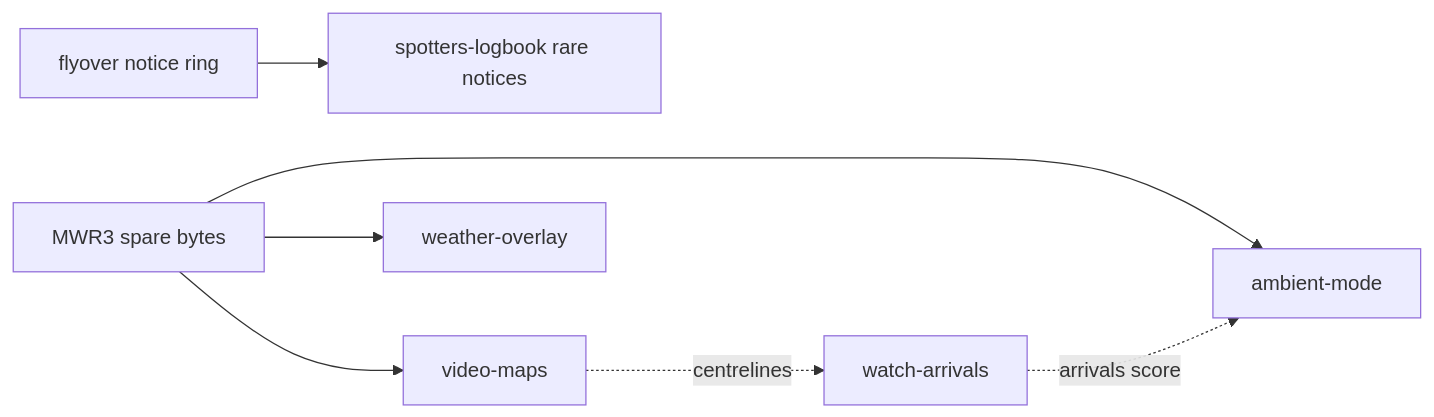
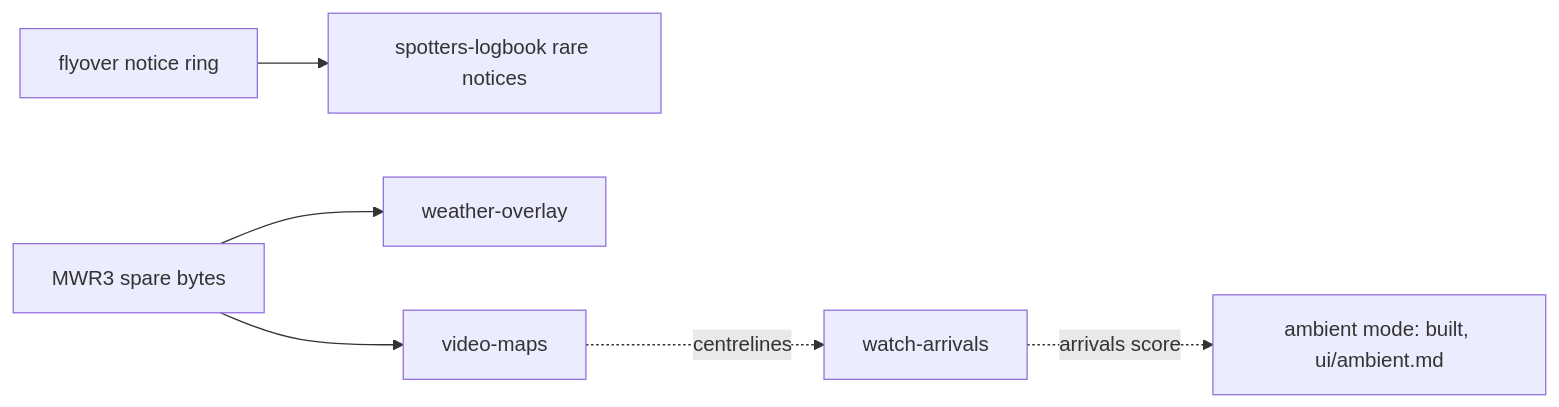
Before and after one commit to jfryman/mega-wifi-radar: the diagram in lode/plans/ideas/summary.md, drawn with Mermaid. The commit also changed other lines of this file and 21 other files, not shown here.

First line of the commit message:
Ambient mode: the radar tours flights by itself when left alone

````diff
--- a/lode/plans/ideas/summary.md
+++ b/lode/plans/ideas/summary.md
@@ -20,9 +19,8 @@
 ```mermaid
 flowchart LR
-  ARR[watch-arrivals] -. arrivals score .-> AMB[ambient-mode]
+  ARR[watch-arrivals] -. arrivals score .-> AMB[ambient mode: built, ui/ambient.md]
   MAP[video-maps] -. centrelines .-> ARR
   NOT[flyover notice ring] --> LOG[spotters-logbook rare notices]
-  CFG[MWR3 spare bytes] --> AMB
-  CFG --> WX[weather-overlay]
+  CFG[MWR3 spare bytes] --> WX[weather-overlay]
   CFG --> MAP
 ```
````
